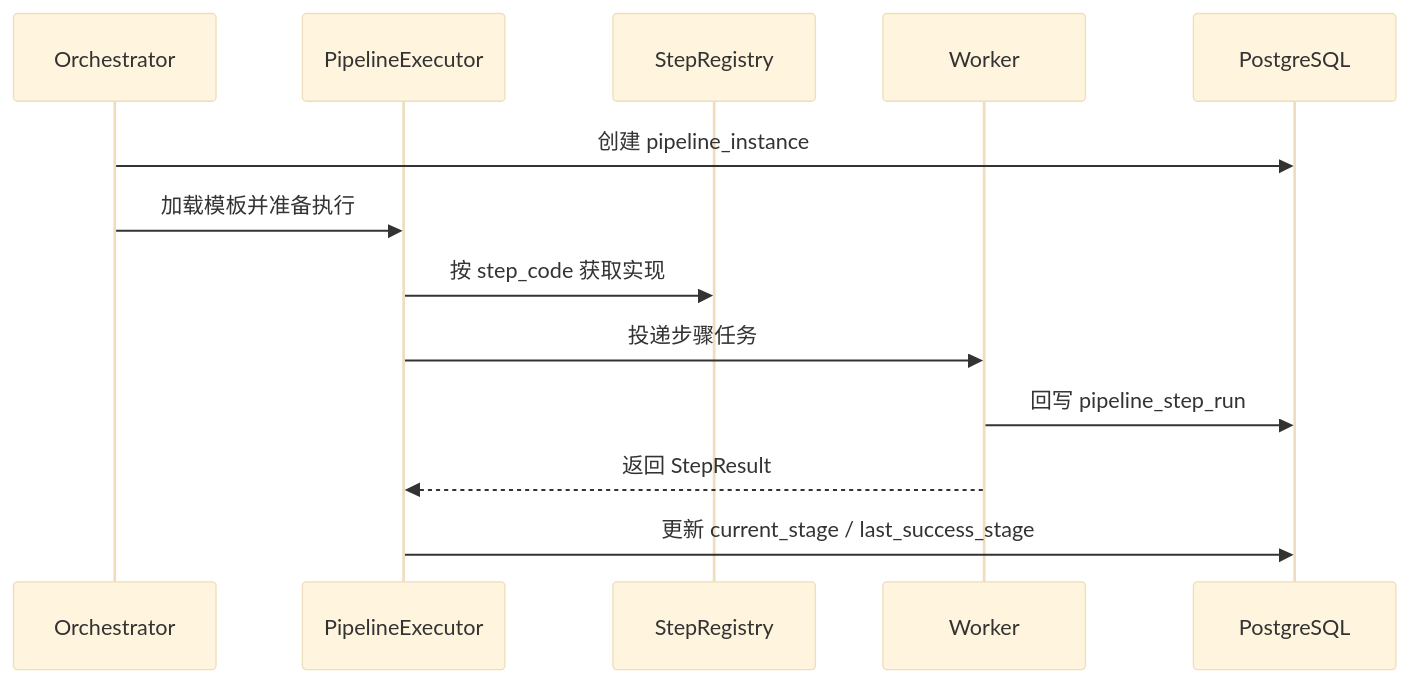
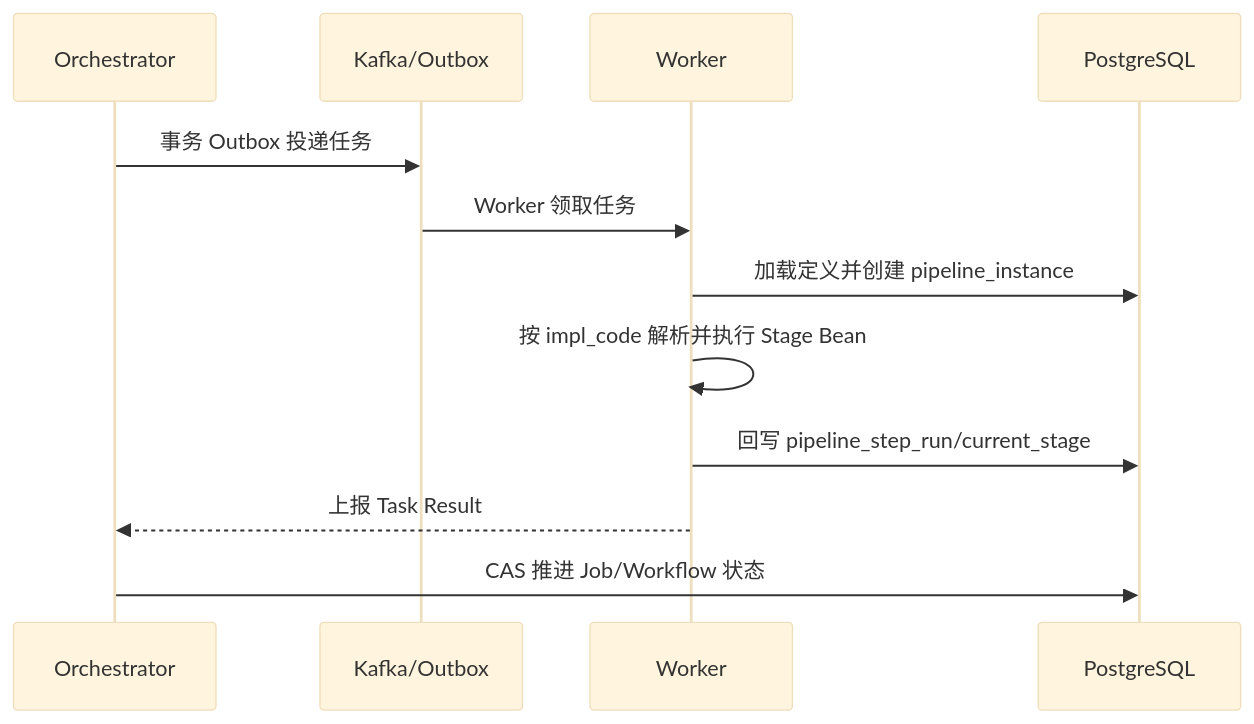
One commit to pinpols/file-batch-system changed the sixth of 8 diagrams in docs/design/file-pipeline-design.md. Above: the diagram before and after it, drawn with Mermaid (base theme). The commit also changed other lines of this file and 71 other files, not shown here.

````diff
--- a/docs/design/file-pipeline-design.md
+++ b/docs/design/file-pipeline-design.md
@@ -858,16 +858,15 @@
 ```mermaid
 sequenceDiagram
     participant O as Orchestrator
-    participant E as PipelineExecutor
-    participant R as StepRegistry
+    participant K as Kafka/Outbox
     participant W as Worker
     participant DB as PostgreSQL
 
-    O->>DB: 创建 pipeline_instance
-    O->>E: 加载模板并准备执行
-    E->>R: 按 step_code 获取实现
-    E->>W: 投递步骤任务
-    W->>DB: 回写 pipeline_step_run
-    W-->>E: 返回 StepResult
-    E->>DB: 更新 current_stage / last_success_stage
+    O->>K: 事务 Outbox 投递任务
+    K->>W: Worker 领取任务
+    W->>DB: 加载定义并创建 pipeline_instance
+    W->>W: 按 impl_code 解析并执行 Stage Bean
+    W->>DB: 回写 pipeline_step_run/current_stage
+    W-->>O: 上报 Task Result
+    O->>DB: CAS 推进 Job/Workflow 状态
 ```
````
